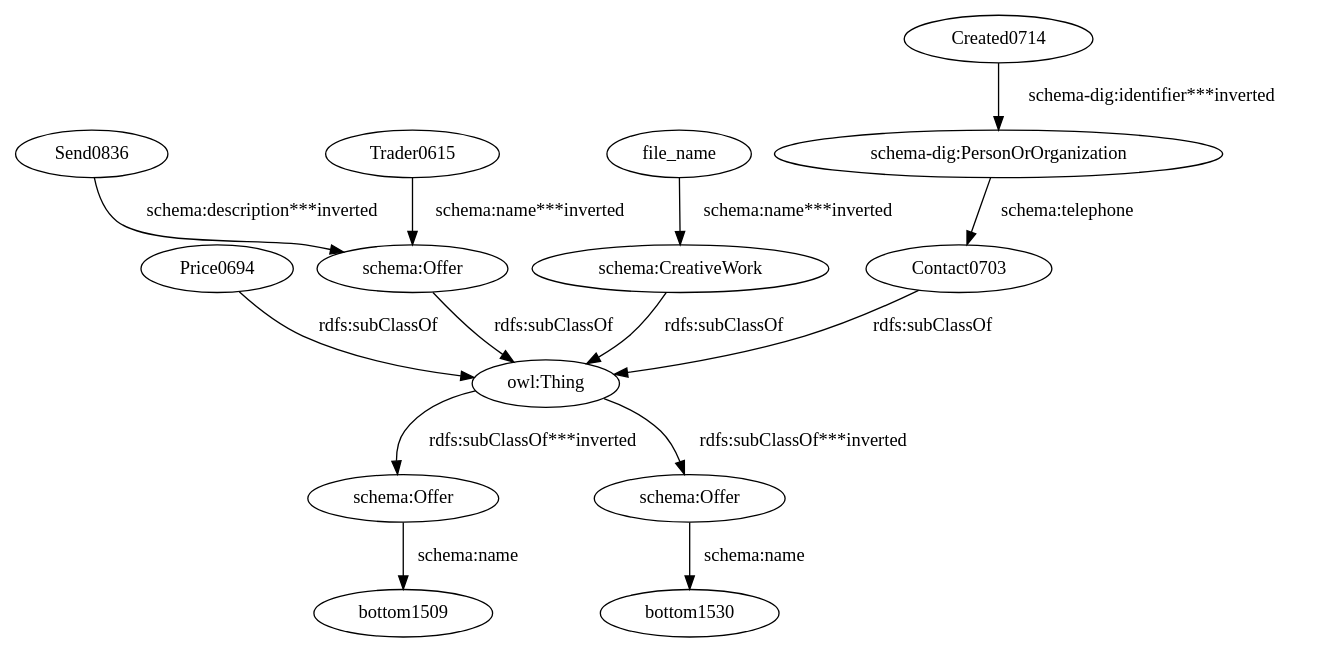
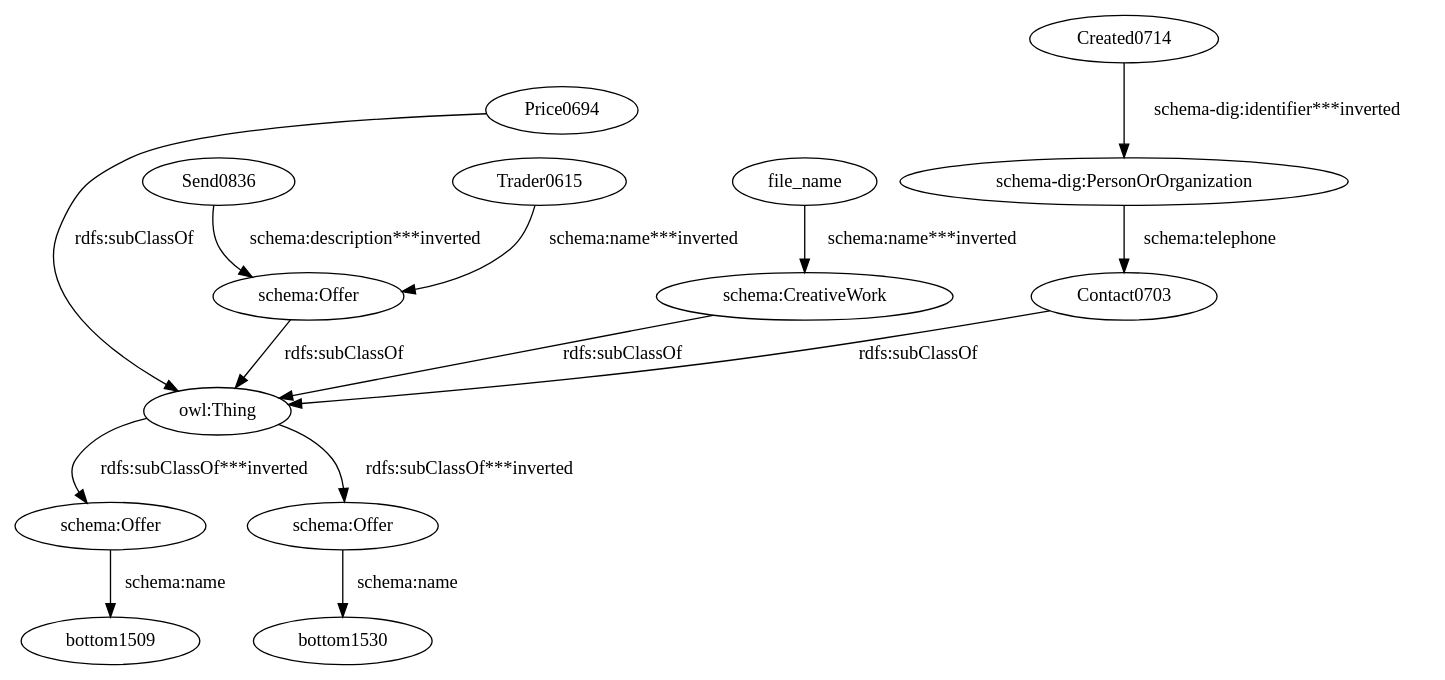
One commit to giuseppefutia/semi changed the diagram in data/taheriyan2016/task_04/semantic_models/steiner/dot/elpasoguntrader.dot. Above: the diagram before and after it, drawn with Graphviz. The commit also changed 89 other files, not shown here.

```diff
--- a/data/taheriyan2016/task_04/semantic_models/steiner/dot/elpasoguntrader.dot
+++ b/data/taheriyan2016/task_04/semantic_models/steiner/dot/elpasoguntrader.dot
@@ -1,29 +1,29 @@
 digraph {
   Contact0703 [type=attribute_name,label=Contact0703]
   "owl:Thing" [type=special,label="owl:Thing"]
   Created0714 [type=attribute_name,label=Created0714]
   "schema-dig:PersonOrOrganization1" [type=class_uri,label="schema-dig:PersonOrOrganization"]
   Price0694 [type=attribute_name,label=Price0694]
   Send0836 [type=attribute_name,label=Send0836]
   "schema:Offer1" [type=class_uri,label="schema:Offer"]
   Trader0615 [type=attribute_name,label=Trader0615]
   file_name [type=attribute_name,label=file_name]
   "schema:CreativeWork1" [type=class_uri,label="schema:CreativeWork"]
   "schema:Offer2" [type=class_uri,label="schema:Offer"]
   "schema:Offer3" [type=class_uri,label="schema:Offer"]
   bottom1509 [type=attribute_name,label=bottom1509]
   bottom1530 [type=attribute_name,label=bottom1530]
-  Contact0703 -> "owl:Thing" [label="rdfs:subClassOf",type=inherited]
-  Created0714 -> "schema-dig:PersonOrOrganization1" [type=st_property_uri,label="schema-dig:identifier***inverted"]
-  Price0694 -> "owl:Thing" [label="rdfs:subClassOf",type=inherited]
-  Send0836 -> "schema:Offer1" [type=st_property_uri,label="schema:description***inverted"]
-  Trader0615 -> "schema:Offer1" [type=st_property_uri,label="schema:name***inverted"]
-  file_name -> "schema:CreativeWork1" [type=st_property_uri,label="schema:name***inverted"]
-  "owl:Thing" -> "schema:Offer2" [type=inherited,label="rdfs:subClassOf***inverted"]
-  "owl:Thing" -> "schema:Offer3" [type=inherited,label="rdfs:subClassOf***inverted"]
+  Contact0703 -> "owl:Thing" [label="rdfs:subClassOf",type=inherited,weight=0.3333333333333333]
+  Created0714 -> "schema-dig:PersonOrOrganization1" [type=st_property_uri,label="schema-dig:identifier***inverted",weight=1]
+  Price0694 -> "owl:Thing" [label="rdfs:subClassOf",type=inherited,weight=0.3333333333333333]
+  Send0836 -> "schema:Offer1" [type=st_property_uri,label="schema:description***inverted",weight=1]
+  Trader0615 -> "schema:Offer1" [type=st_property_uri,label="schema:name***inverted",weight=1]
+  file_name -> "schema:CreativeWork1" [type=st_property_uri,label="schema:name***inverted",weight=1]
+  "owl:Thing" -> "schema:Offer2" [type=inherited,label="rdfs:subClassOf***inverted",weight=0.3333333333333333]
+  "owl:Thing" -> "schema:Offer3" [type=inherited,label="rdfs:subClassOf***inverted",weight=0.3333333333333333]
   "schema-dig:PersonOrOrganization1" -> Contact0703 [label="schema:telephone",type=st_property_uri]
-  "schema:CreativeWork1" -> "owl:Thing" [label="rdfs:subClassOf",type=inherited]
-  "schema:Offer1" -> "owl:Thing" [label="rdfs:subClassOf",type=inherited]
+  "schema:CreativeWork1" -> "owl:Thing" [label="rdfs:subClassOf",type=inherited,weight=0.3333333333333333]
+  "schema:Offer1" -> "owl:Thing" [label="rdfs:subClassOf",type=inherited,weight=0.3333333333333333]
   "schema:Offer2" -> bottom1509 [label="schema:name",type=st_property_uri]
   "schema:Offer3" -> bottom1530 [label="schema:name",type=st_property_uri]
 }
```
